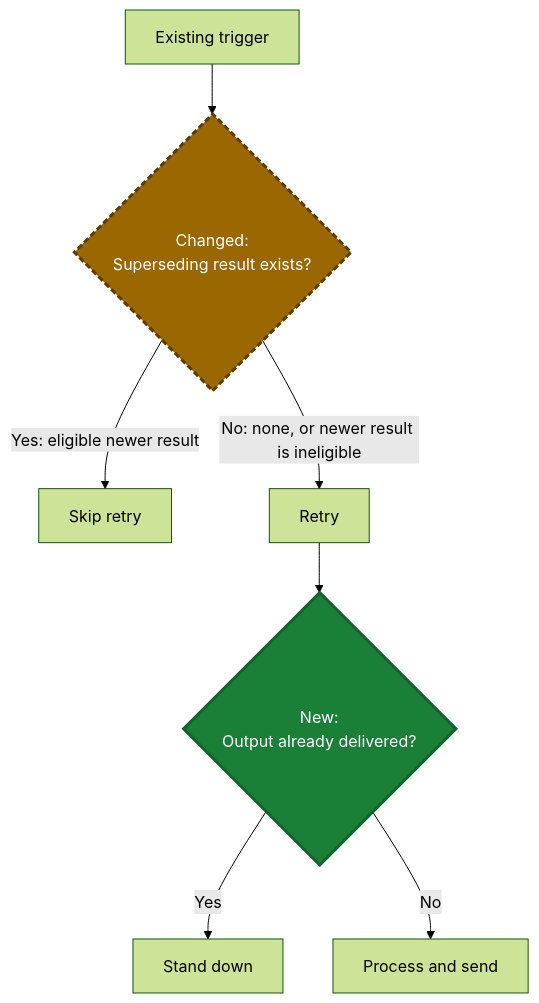
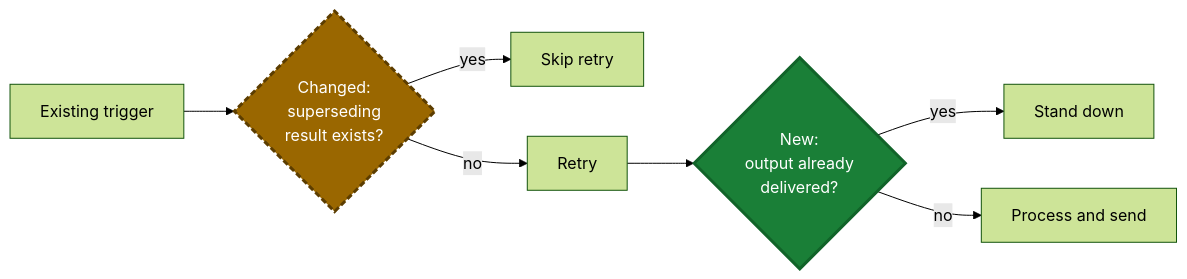
One commit to Soare-Robert-Daniel/skills changed the diagram in skills/write-pr-description/SKILL.md. Above: the diagram before and after it, drawn with Mermaid (forest theme). The commit also changed other lines of this file, not shown here.

First line of the commit message:
write-pr-description: compact LR diagrams, scannable bullets, Expect-style QA

````diff
--- a/skills/write-pr-description/SKILL.md
+++ b/skills/write-pr-description/SKILL.md
@@ -52,12 +58,11 @@
 ```mermaid
-flowchart TD
-    A[Existing trigger] --> B{Changed:<br/>Superseding result exists?}:::changed
-    B -- "Yes: eligible newer result" --> C[Skip retry]
-    B -- "No: none, or newer result is ineligible" --> D[Retry]
-    D --> E{New:<br/>Output already delivered?}:::added
-    E -- Yes --> F[Stand down]
-    E -- No --> G[Process and send]
+flowchart LR
+    A[Existing trigger] --> B{Changed:<br/>superseding<br/>result exists?}:::changed
+    B -- yes --> C[Skip retry]
+    B -- no --> D[Retry] --> E{New:<br/>output already<br/>delivered?}:::added
+    E -- yes --> F[Stand down]
+    E -- no --> G[Process and send]
 
     classDef added fill:#1a7f37,color:#fff,stroke:#116329,stroke-width:3px
     classDef changed fill:#9a6700,color:#fff,stroke:#5c3d00,stroke-width:3px,stroke-dasharray:6 3
 ```
````
